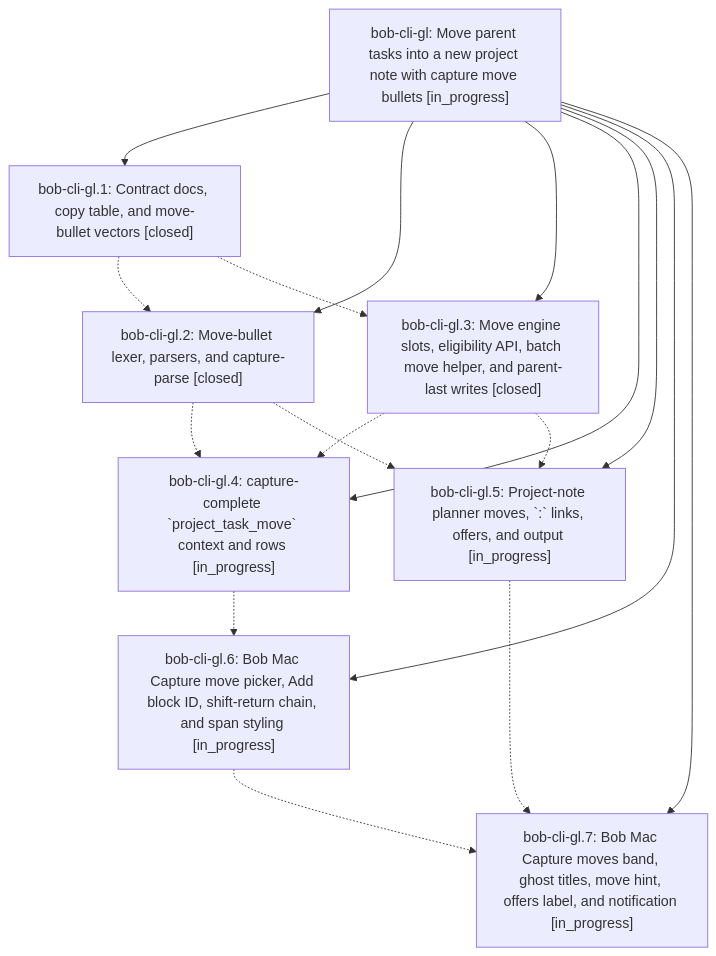
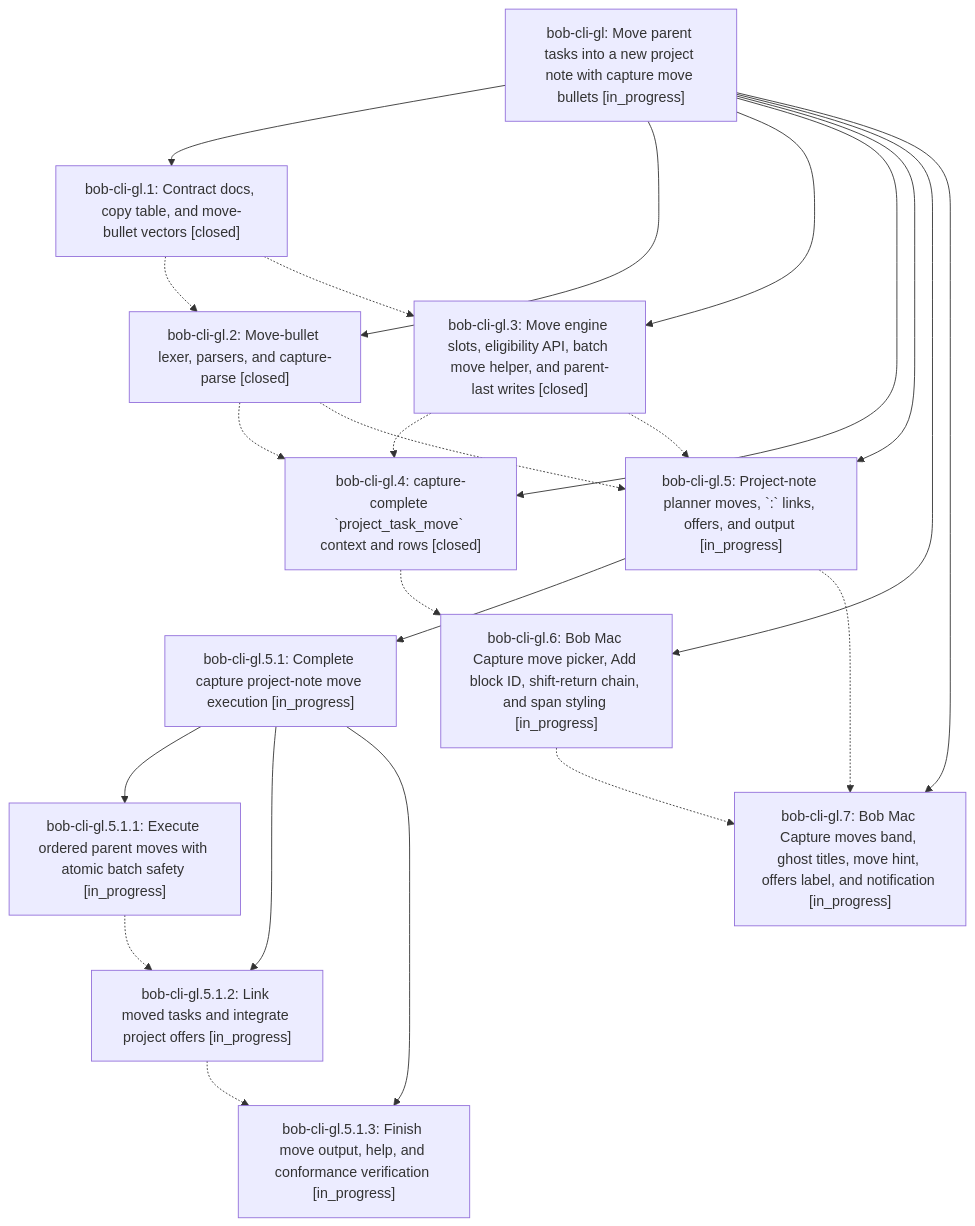
Before and after one commit to bobs-org/bob-cli--beads: the diagram in pages/bob-cli-gl/README.md, drawn with Mermaid. The commit also changed other lines of this file and 9 other files, not shown here.

First line of the commit message:
chore(beads): sync bead state and pages for bob-cli-gl

````diff
--- a/pages/bob-cli-gl/README.md
+++ b/pages/bob-cli-gl/README.md
@@ -42,27 +42,37 @@
 ```mermaid
 flowchart TD
     n0["bob-cli-gl: Move parent tasks into a new project note with capture move bullets [in_progress]"]
     n1["bob-cli-gl.1: Contract docs, copy table, and move-bullet vectors [closed]"]
     n2["bob-cli-gl.2: Move-bullet lexer, parsers, and capture-parse [closed]"]
     n3["bob-cli-gl.3: Move engine slots, eligibility API, batch move helper, and parent-last writes [closed]"]
-    n4["bob-cli-gl.4: capture-complete `project_task_move` context and rows [in_progress]"]
+    n4["bob-cli-gl.4: capture-complete `project_task_move` context and rows [closed]"]
     n5["bob-cli-gl.5: Project-note planner moves, `:` links, offers, and output [in_progress]"]
-    n6["bob-cli-gl.6: Bob Mac Capture move picker, Add block ID, shift-return chain, and span styling [in_progress]"]
-    n7["bob-cli-gl.7: Bob Mac Capture moves band, ghost titles, move hint, offers label, and notification [in_progress]"]
+    n6["bob-cli-gl.5.1: Complete capture project-note move execution [in_progress]"]
+    n7["bob-cli-gl.5.1.1: Execute ordered parent moves with atomic batch safety [in_progress]"]
+    n8["bob-cli-gl.5.1.2: Link moved tasks and integrate project offers [in_progress]"]
+    n9["bob-cli-gl.5.1.3: Finish move output, help, and conformance verification [in_progress]"]
+    n10["bob-cli-gl.6: Bob Mac Capture move picker, Add block ID, shift-return chain, and span styling [in_progress]"]
+    n11["bob-cli-gl.7: Bob Mac Capture moves band, ghost titles, move hint, offers label, and notification [in_progress]"]
     n0 --> n1
     n0 --> n2
     n0 --> n3
     n0 --> n4
     n0 --> n5
-    n0 --> n6
-    n0 --> n7
+    n5 --> n6
+    n6 --> n7
+    n6 --> n8
+    n6 --> n9
+    n0 --> n10
+    n0 --> n11
     n1 -.-> n2
     n1 -.-> n3
     n2 -.-> n4
     n2 -.-> n5
     n3 -.-> n4
     n3 -.-> n5
-    n4 -.-> n6
-    n5 -.-> n7
-    n6 -.-> n7
+    n4 -.-> n10
+    n5 -.-> n11
+    n7 -.-> n8
+    n8 -.-> n9
+    n10 -.-> n11
 ```
````
